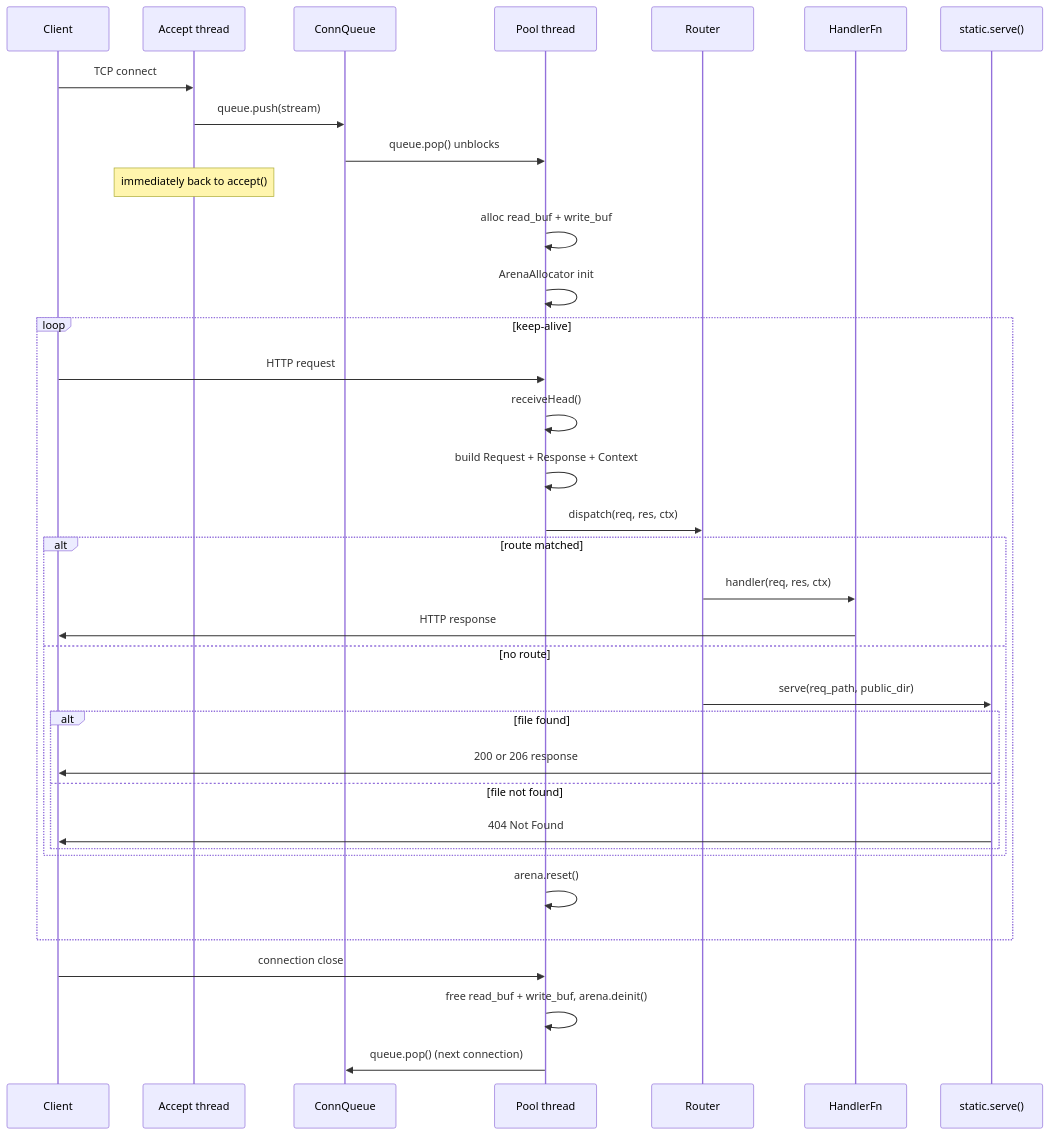
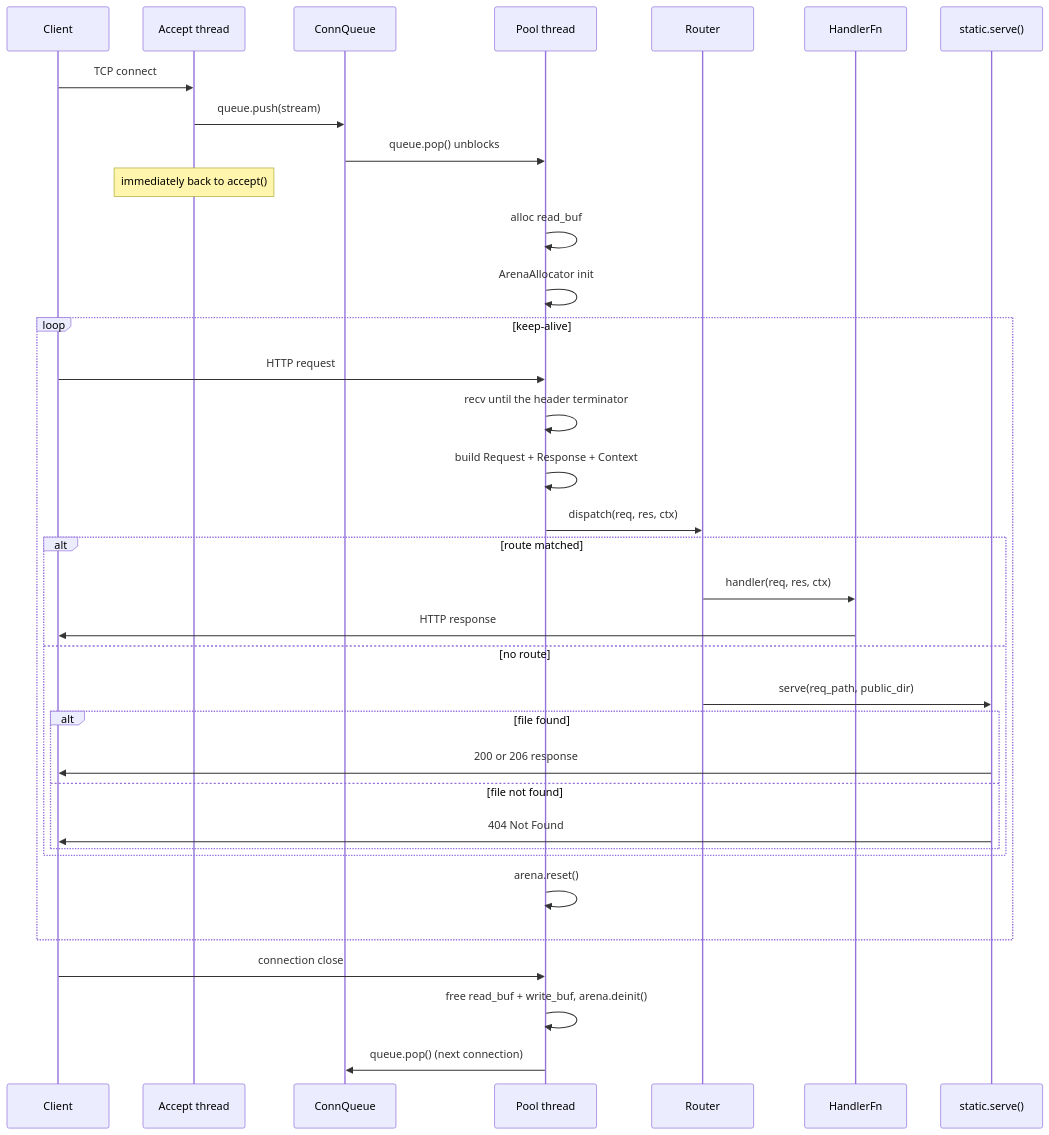
One commit to prothegee/zix changed the fifth of 12 diagrams in docs/hld-http-en.md. Above: the diagram before and after it, drawn with Mermaid. The commit also changed other lines of this file, not shown here.

Commit message:
refresh http hld request view and async flow

````diff
--- a/docs/hld-http-en.md
+++ b/docs/hld-http-en.md
@@ -254,43 +255,43 @@
 ```mermaid
 sequenceDiagram
     participant Client
     participant Accept as Accept thread
     participant Queue as ConnQueue
     participant Pool as Pool thread
     participant Router
     participant Handler as HandlerFn
     participant Static as static.serve()
 
     Client->>Accept: TCP connect
     Accept->>Queue: queue.push(stream)
     Queue->>Pool: queue.pop() unblocks
     Note over Accept: immediately back to accept()
 
-    Pool->>Pool: alloc read_buf + write_buf
+    Pool->>Pool: alloc read_buf
     Pool->>Pool: ArenaAllocator init
 
     loop keep-alive
         Client->>Pool: HTTP request
-        Pool->>Pool: receiveHead()
+        Pool->>Pool: recv until the header terminator
         Pool->>Pool: build Request + Response + Context
         Pool->>Router: dispatch(req, res, ctx)
 
         alt route matched
             Router->>Handler: handler(req, res, ctx)
             Handler->>Client: HTTP response
         else no route
             Router->>Static: serve(req_path, public_dir)
             alt file found
                 Static->>Client: 200 or 206 response
             else file not found
                 Static->>Client: 404 Not Found
             end
         end
 
         Pool->>Pool: arena.reset()
     end
 
     Client->>Pool: connection close
     Pool->>Pool: free read_buf + write_buf, arena.deinit()
     Pool->>Queue: queue.pop() (next connection)
 ```
````
